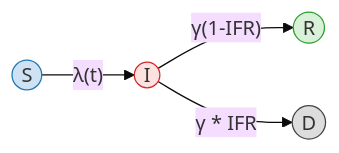
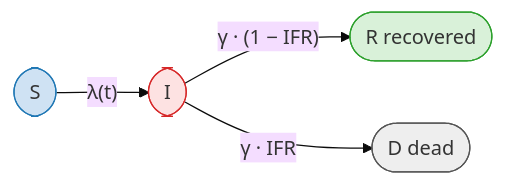
Before and after one commit to tasnim-mafiz/lorentz_center_workshop: the sixth of 8 diagrams in assets/presentations/intro_idm_for_survival.qmd, drawn with Mermaid (base theme). The commit also changed other lines of this file, not shown here.

````diff
--- a/assets/presentations/intro_idm_for_survival.qmd
+++ b/assets/presentations/intro_idm_for_survival.qmd
@@ -548,15 +398,11 @@
 ```{mermaid}
 %%| fig-width: 9
 flowchart LR
-  S((S)) -->|"&lambda;(t)"| I((I))
-  I -->|"&gamma;(1-IFR)"| R((R))
-  I -->|"&gamma; * IFR"| D((D))
+  S(["S"]):::s -->|"λ(t)"| I(["I"]):::i
+  I -->|"γ · (1 − IFR)"| R(["R  recovered"]):::r
+  I -->|"γ · IFR"| D(["D  dead"]):::d
   classDef s fill:#cfe2f3,stroke:#1f77b4
   classDef i fill:#fde2e2,stroke:#d62728
   classDef r fill:#d9f1d9,stroke:#2ca02c
-  classDef d fill:#dddddd,stroke:#444
-  class S s
-  class I i
-  class R r
-  class D d
+  classDef d fill:#eeeeee,stroke:#555
 ```
````
